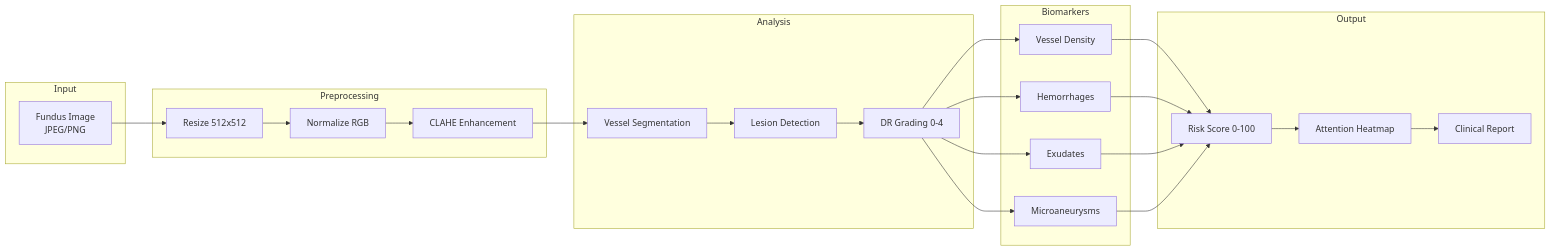
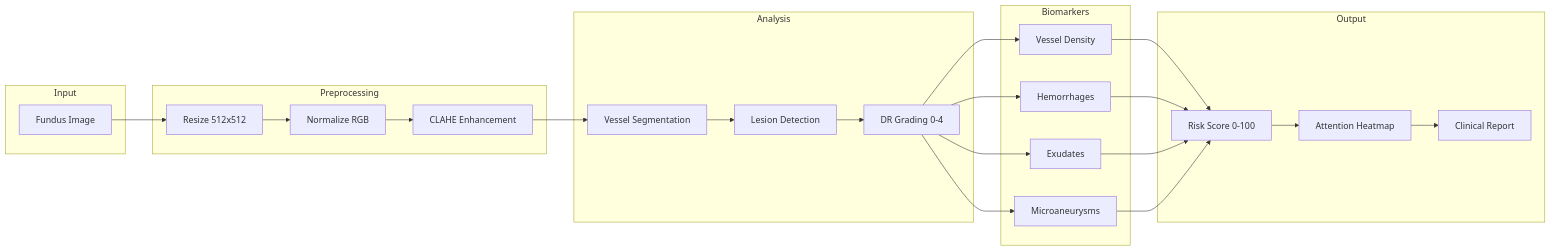
One commit to steeltroops-ai/NeuraLens changed the sixth of 11 diagrams in ARCHITECTURE.md. Above: the diagram before and after it, drawn with Mermaid. The commit also changed other lines of this file, not shown here.

Commit message:
fix(docs): correct Mermaid diagram syntax for GitHub rendering

````diff
--- a/ARCHITECTURE.md
+++ b/ARCHITECTURE.md
@@ -281,36 +275,43 @@
 ```mermaid
 graph LR
-    subgraph "Input"
-        Upload[Fundus Image<br/>JPEG/PNG]
+    subgraph Input1["Input"]
+        Upload["Fundus Image"]
     end
     
-    subgraph "Preprocessing"
-        Resize[Resize 512x512]
-        Normalize[Normalize RGB]
-        Enhance[CLAHE Enhancement]
+    subgraph Preprocess1["Preprocessing"]
+        Resize["Resize 512x512"]
+        Normalize["Normalize RGB"]
+        Enhance["CLAHE Enhancement"]
     end
     
-    subgraph "Analysis"
-        Segment[Vessel Segmentation]
-        Detect[Lesion Detection]
-        Grade[DR Grading 0-4]
+    subgraph Analysis1["Analysis"]
+        Segment["Vessel Segmentation"]
+        Detect["Lesion Detection"]
+        Grade["DR Grading 0-4"]
     end
     
-    subgraph "Biomarkers"
-        VD[Vessel Density]
-        Hemorrhage[Hemorrhages]
-        Exudates[Exudates]
-        MA[Microaneurysms]
+    subgraph Biomarkers1["Biomarkers"]
+        VD["Vessel Density"]
+        Hemorrhage["Hemorrhages"]
+        Exudates["Exudates"]
+        MA["Microaneurysms"]
     end
     
-    subgraph "Output"
-        Risk[Risk Score 0-100]
-        Heatmap[Attention Heatmap]
-        Report[Clinical Report]
+    subgraph Output1["Output"]
+        Risk["Risk Score 0-100"]
+        Heatmap["Attention Heatmap"]
+        ReportR["Clinical Report"]
     end
     
     Upload --> Resize --> Normalize --> Enhance
     Enhance --> Segment --> Detect --> Grade
-    Grade --> VD & Hemorrhage & Exudates & MA
-    VD & Hemorrhage & Exudates & MA --> Risk --> Heatmap --> Report
+    Grade --> VD
+    Grade --> Hemorrhage
+    Grade --> Exudates
+    Grade --> MA
+    VD --> Risk
+    Hemorrhage --> Risk
+    Exudates --> Risk
+    MA --> Risk
+    Risk --> Heatmap --> ReportR
 ```
````
